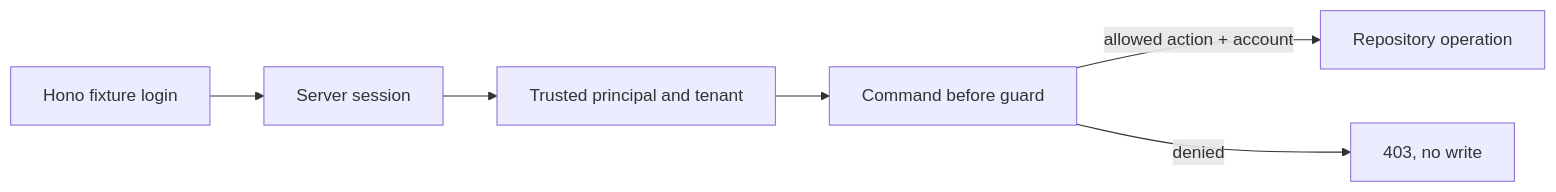
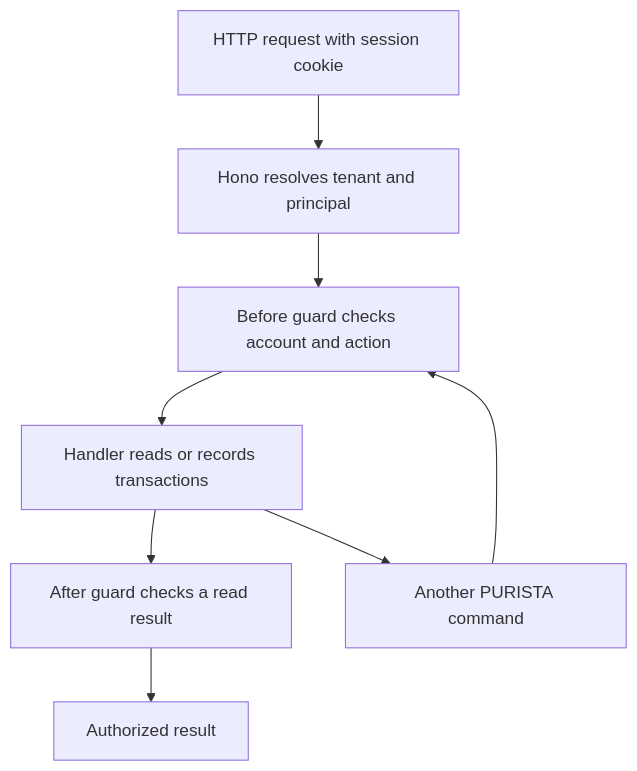
The diagram in web/src/content/tutorials/authenticated-banking-ui/index.mdx (puristajs/purista), drawn with Mermaid before and after one commit. The commit also changed other lines of this file and 42 other files, not shown here.

Commit message:
docs(tutorials): teach account access through verified build steps

````diff
--- a/web/src/content/tutorials/authenticated-banking-ui/index.mdx
+++ b/web/src/content/tutorials/authenticated-banking-ui/index.mdx
@@ -13,8 +21,10 @@
-```mermaid title="Two decisions, two boundaries"
-flowchart LR
-  Login[Hono fixture login] --> Session[Server session]
-  Session --> Identity[Trusted principal and tenant]
-  Identity --> Guard[Command before guard]
-  Guard -->|allowed action + account| Handler[Repository operation]
-  Guard -->|denied| NoWrite[403, no write]
+```mermaid title="Identity and business access"
+flowchart TD
+  HTTP[HTTP request with session cookie] --> Hono[Hono resolves tenant and principal]
+  Hono --> Before[Before guard checks account and action]
+  Before --> Handler[Handler reads or records transactions]
+  Handler --> After[After guard checks a read result]
+  After --> Reply[Authorized result]
+  Handler --> Nested[Another PURISTA command]
+  Nested --> Before
 ```
````
